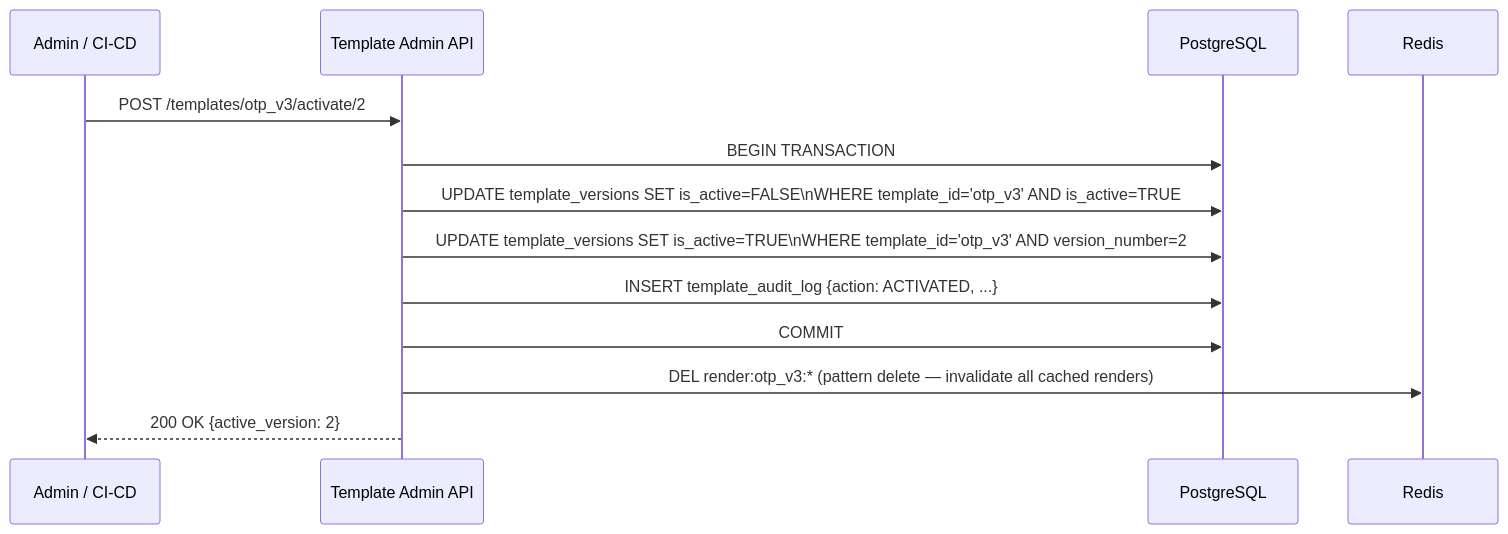
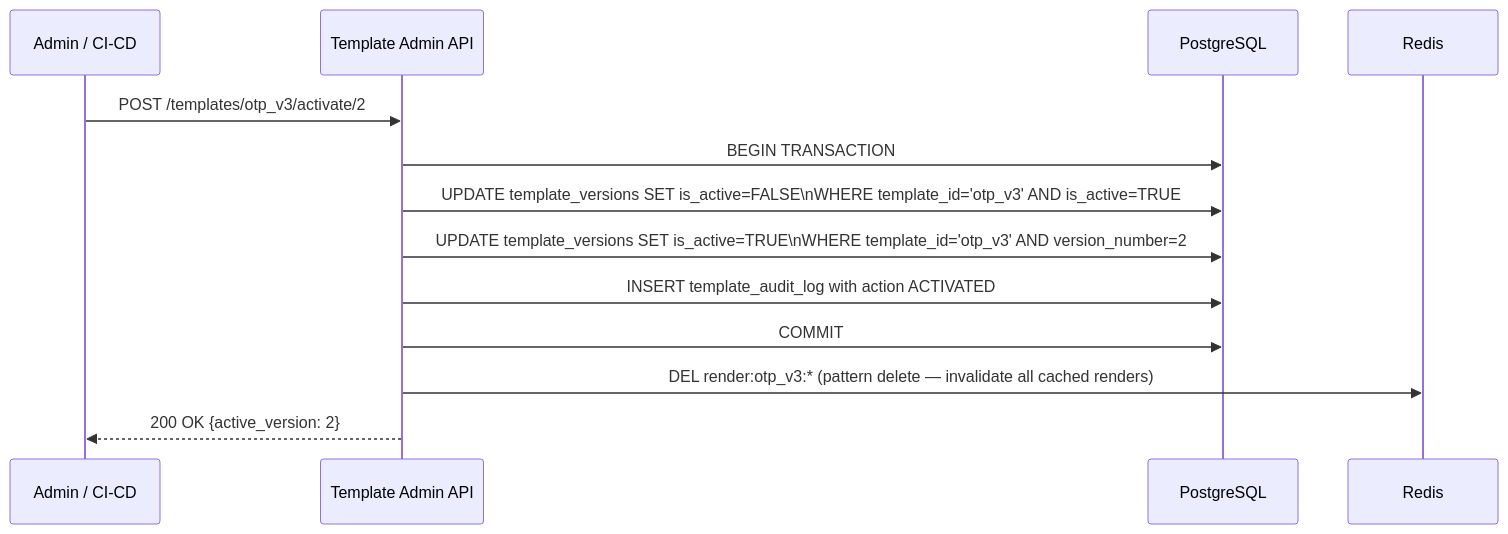
Before and after one commit to bindian0509/system-design: the fourth of 9 diagrams in notification-service/design/template-service.md, drawn with Mermaid. The commit also changed other lines of this file and 9 other files, not shown here.

Commit message:
fixing mermaid

````diff
--- a/notification-service/design/template-service.md
+++ b/notification-service/design/template-service.md
@@ -359,16 +359,16 @@
 ```mermaid
 sequenceDiagram
     participant Admin as Admin / CI-CD
     participant API as Template Admin API
     participant PG as PostgreSQL
     participant Redis as Redis
 
     Admin->>API: POST /templates/otp_v3/activate/2
     API->>PG: BEGIN TRANSACTION
     API->>PG: UPDATE template_versions SET is_active=FALSE\nWHERE template_id='otp_v3' AND is_active=TRUE
     API->>PG: UPDATE template_versions SET is_active=TRUE\nWHERE template_id='otp_v3' AND version_number=2
-    API->>PG: INSERT template_audit_log {action: ACTIVATED, ...}
+    API->>PG: INSERT template_audit_log with action ACTIVATED
     API->>PG: COMMIT
     API->>Redis: DEL render:otp_v3:* (pattern delete — invalidate all cached renders)
     API-->>Admin: 200 OK {active_version: 2}
 ```
````
